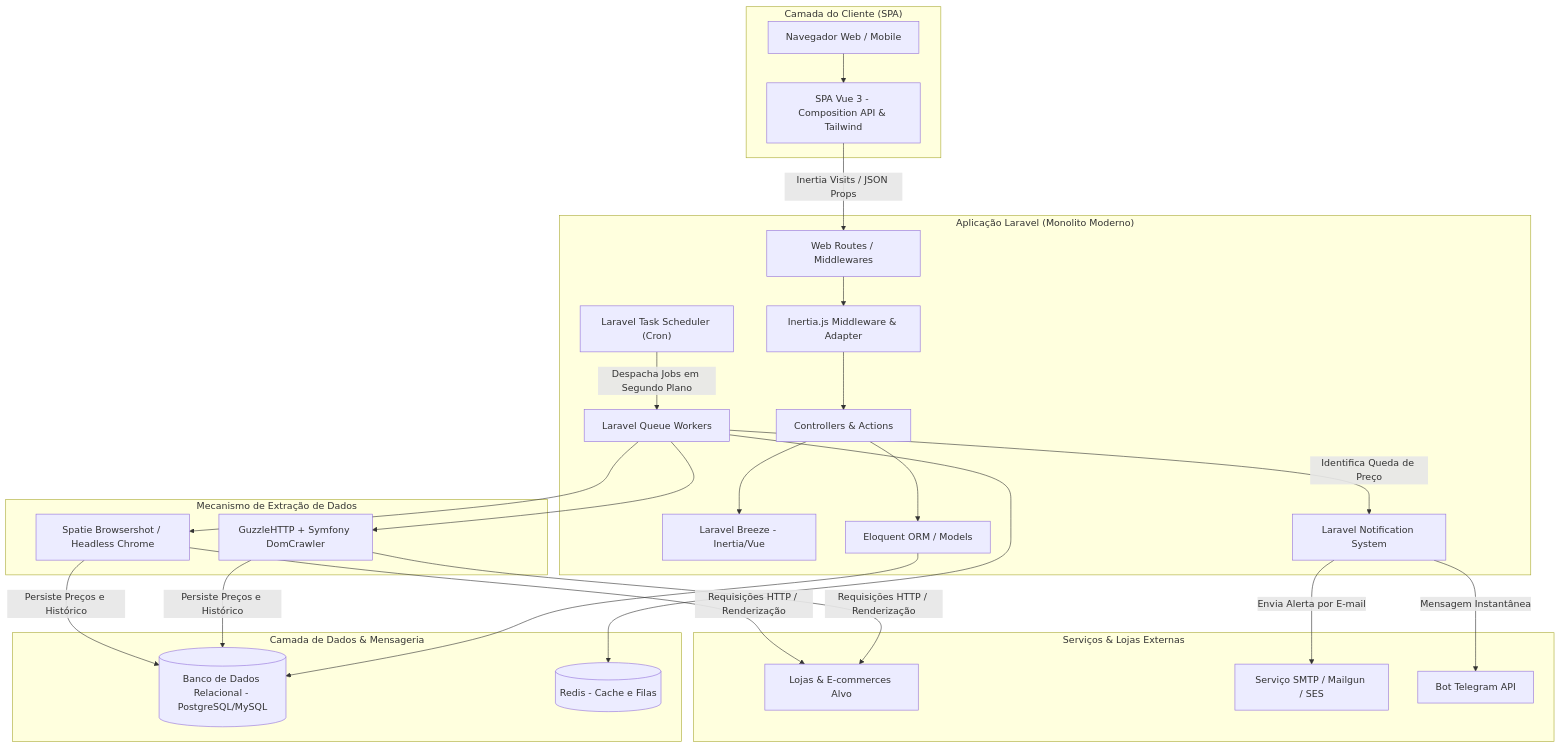
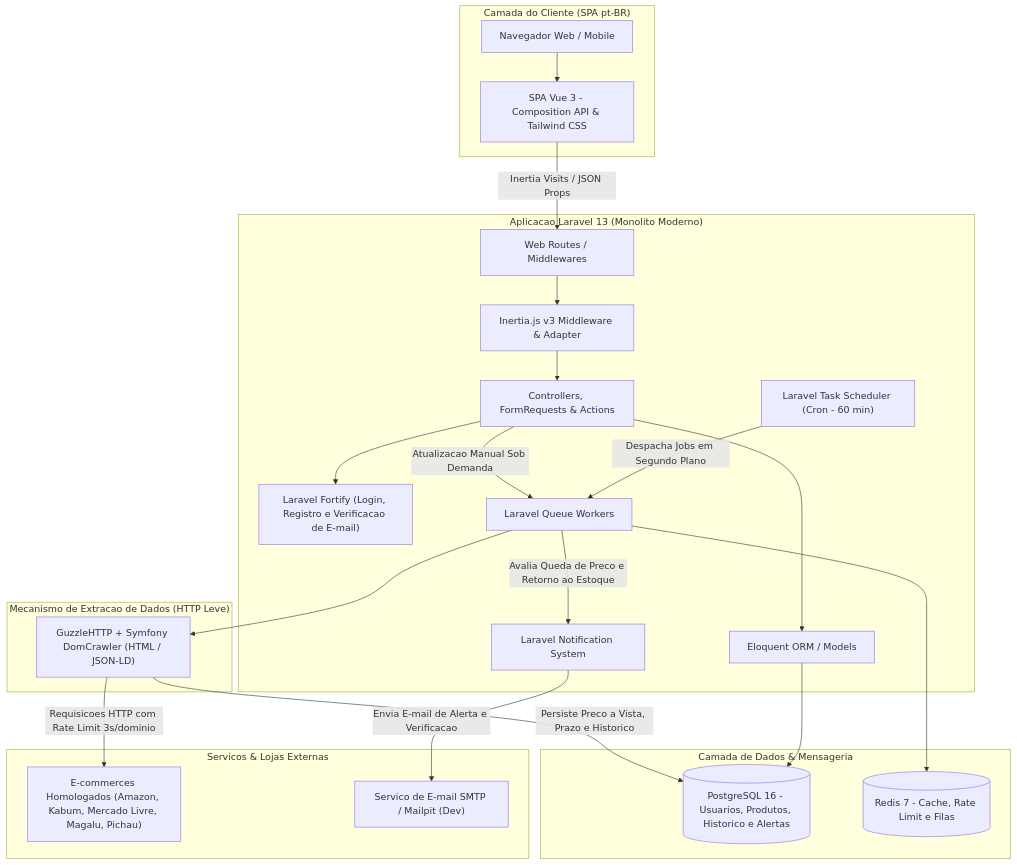
One commit to lucasssmira/monitoramento_precos changed the diagram in docs/arquitetura/visao-geral.md. Above: the diagram before and after it, drawn with Mermaid. The commit also changed other lines of this file and 8 other files, not shown here.

````diff
--- a/docs/arquitetura/visao-geral.md
+++ b/docs/arquitetura/visao-geral.md
@@ -9,52 +9,50 @@
 ```mermaid
 graph TD
-    subgraph Client["Camada do Cliente (SPA)"]
+    subgraph Client["Camada do Cliente (SPA pt-BR)"]
         Browser["Navegador Web / Mobile"]
-        VueApp["SPA Vue 3 - Composition API & Tailwind"]
+        VueApp["SPA Vue 3 - Composition API & Tailwind CSS"]
     end
 
-    subgraph LaravelApp["Aplicação Laravel (Monolito Moderno)"]
+    subgraph LaravelApp["Aplicacao Laravel 13 (Monolito Moderno)"]
         Routes["Web Routes / Middlewares"]
-        InertiaAdapter["Inertia.js Middleware & Adapter"]
-        Controllers["Controllers & Actions"]
-        AuthModule["Laravel Breeze - Inertia/Vue"]
+        InertiaAdapter["Inertia.js v3 Middleware & Adapter"]
+        Controllers["Controllers, FormRequests & Actions"]
+        AuthModule["Laravel Fortify (Login, Registro e Verificacao de E-mail)"]
         Eloquent["Eloquent ORM / Models"]
-        Scheduler["Laravel Task Scheduler (Cron)"]
+        Scheduler["Laravel Task Scheduler (Cron - 60 min)"]
         QueueWorker["Laravel Queue Workers"]
         NotificationService["Laravel Notification System"]
     end
 
-    subgraph Scrapers["Mecanismo de Extração de Dados"]
-        HttpScraper["GuzzleHTTP + Symfony DomCrawler"]
-        JsScraper["Spatie Browsershot / Headless Chrome"]
+    subgraph Scrapers["Mecanismo de Extracao de Dados (HTTP Leve)"]
+        HttpScraper["GuzzleHTTP + Symfony DomCrawler (HTML / JSON-LD)"]
     end
 
     subgraph Persistence["Camada de Dados & Mensageria"]
-        DB[("Banco de Dados Relacional - PostgreSQL/MySQL")]
-        CacheQueue[("Redis - Cache e Filas")]
+        DB[("PostgreSQL 16 - Usuarios, Produtos, Historico e Alertas")]
+        CacheQueue[("Redis 7 - Cache, Rate Limit e Filas")]
     end
 
-    subgraph External["Serviços & Lojas Externas"]
-        Ecommerces["Lojas & E-commerces Alvo"]
-        MailService["Serviço SMTP / Mailgun / SES"]
-        TelegramBot["Bot Telegram API"]
+    subgraph External["Servicos & Lojas Externas"]
+        Ecommerces["E-commerces Homologados (Amazon, Kabum, Mercado Livre, Magalu, Pichau)"]
+        MailService["Servico de E-mail SMTP / Mailpit (Dev)"]
     end
 
     Browser --> VueApp
     VueApp -->|Inertia Visits / JSON Props| Routes
     Routes --> InertiaAdapter
     InertiaAdapter --> Controllers
     Controllers --> AuthModule
     Controllers --> Eloquent
     Eloquent --> DB
 
     Scheduler -->|Despacha Jobs em Segundo Plano| QueueWorker
+    Controllers -->|Atualizacao Manual Sob Demanda| QueueWorker
     QueueWorker --> CacheQueue
-    QueueWorker --> HttpScraper & JsScraper
-    HttpScraper & JsScraper -->|Requisições HTTP / Renderização| Ecommerces
-    HttpScraper & JsScraper -->|Persiste Preços e Histórico| DB
-    QueueWorker -->|Identifica Queda de Preço| NotificationService
+    QueueWorker --> HttpScraper
+    HttpScraper -->|Requisicoes HTTP com Rate Limit 3s/dominio| Ecommerces
+    HttpScraper -->|Persiste Preco a Vista, Prazo e Historico| DB
+    QueueWorker -->|Avalia Queda de Preco e Retorno ao Estoque| NotificationService
 
-    NotificationService -->|Envia Alerta por E-mail| MailService
-    NotificationService -->|Mensagem Instantânea| TelegramBot
+    NotificationService -->|Envia E-mail de Alerta e Verificacao| MailService
 ```
````
